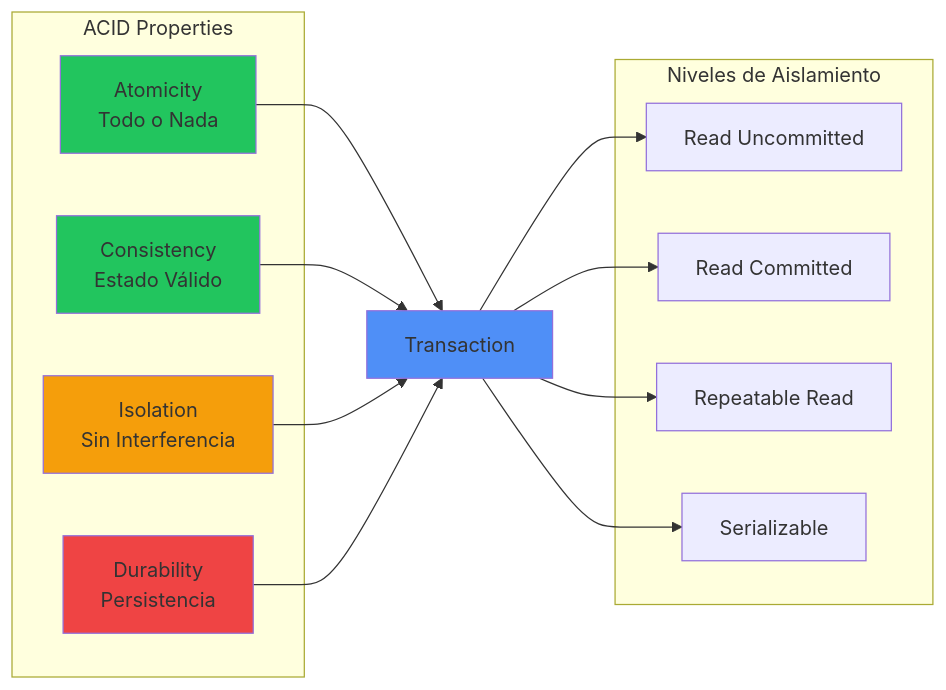
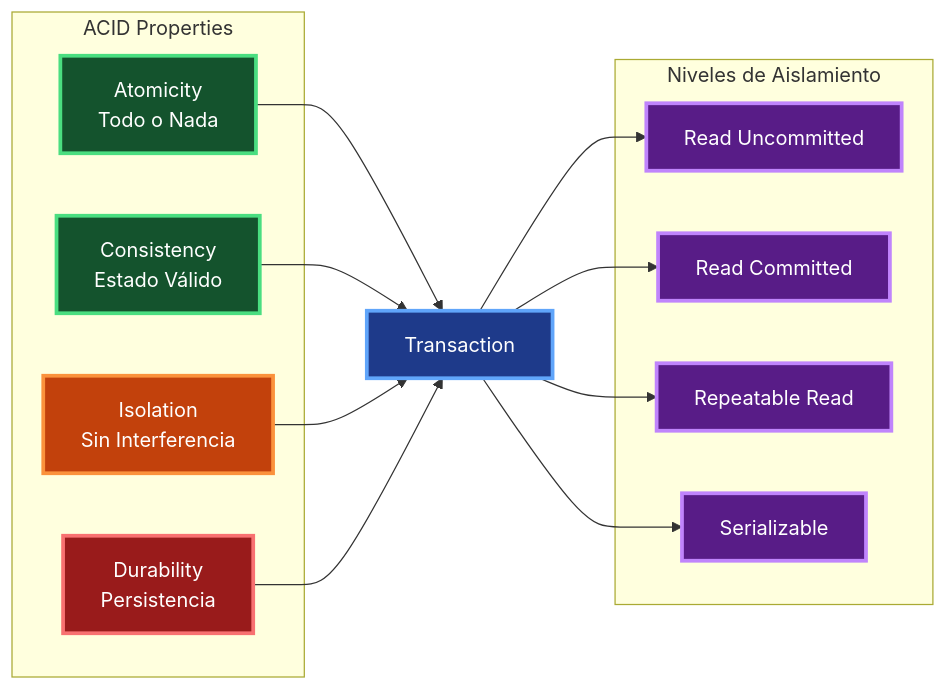
One commit to mleppedev/aio changed the second of 2 diagrams in docs/tablas/sql.md. Above: the diagram before and after it, drawn with Mermaid. The commit also changed other lines of this file and 16 other files, not shown here.

````diff
--- a/docs/tablas/sql.md
+++ b/docs/tablas/sql.md
@@ -170,32 +178,40 @@
 ```mermaid
 flowchart LR
     subgraph "ACID Properties"
         A[Atomicity<br/>Todo o Nada]
         C[Consistency<br/>Estado Válido]
         I[Isolation<br/>Sin Interferencia]
         D[Durability<br/>Persistencia]
     end
 
     subgraph "Niveles de Aislamiento"
         RU[Read Uncommitted]
         RC[Read Committed]
         RR[Repeatable Read]
         S[Serializable]
     end
 
     A --> Transaction[Transaction]
     C --> Transaction
     I --> Transaction
     D --> Transaction
 
     Transaction --> RU
     Transaction --> RC
     Transaction --> RR
     Transaction --> S
 
-    style Transaction fill:#4f8ff7
-    style A fill:#22c55e
-    style C fill:#22c55e
-    style I fill:#f59e0b
-    style D fill:#ef4444
+    classDef transaction fill:#1e3a8a,stroke:#60a5fa,stroke-width:3px,color:#ffffff
+    classDef atomicity fill:#14532d,stroke:#4ade80,stroke-width:3px,color:#ffffff
+    classDef consistency fill:#14532d,stroke:#4ade80,stroke-width:3px,color:#ffffff
+    classDef isolation fill:#c2410c,stroke:#fb923c,stroke-width:3px,color:#ffffff
+    classDef durability fill:#991b1b,stroke:#f87171,stroke-width:3px,color:#ffffff
+    classDef isolationLevel fill:#581c87,stroke:#c084fc,stroke-width:3px,color:#ffffff
+    
+    class Transaction transaction
+    class A atomicity
+    class C consistency
+    class I isolation
+    class D durability
+    class RU,RC,RR,S isolationLevel
 ```
````
